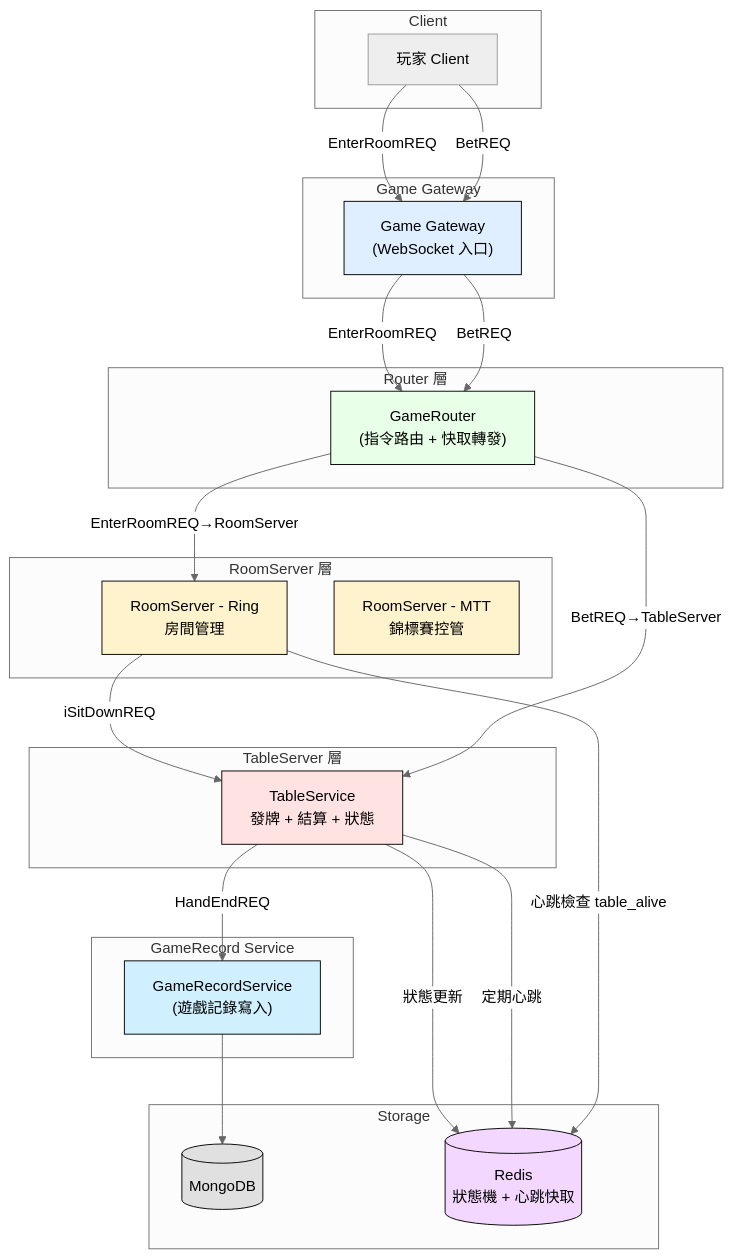
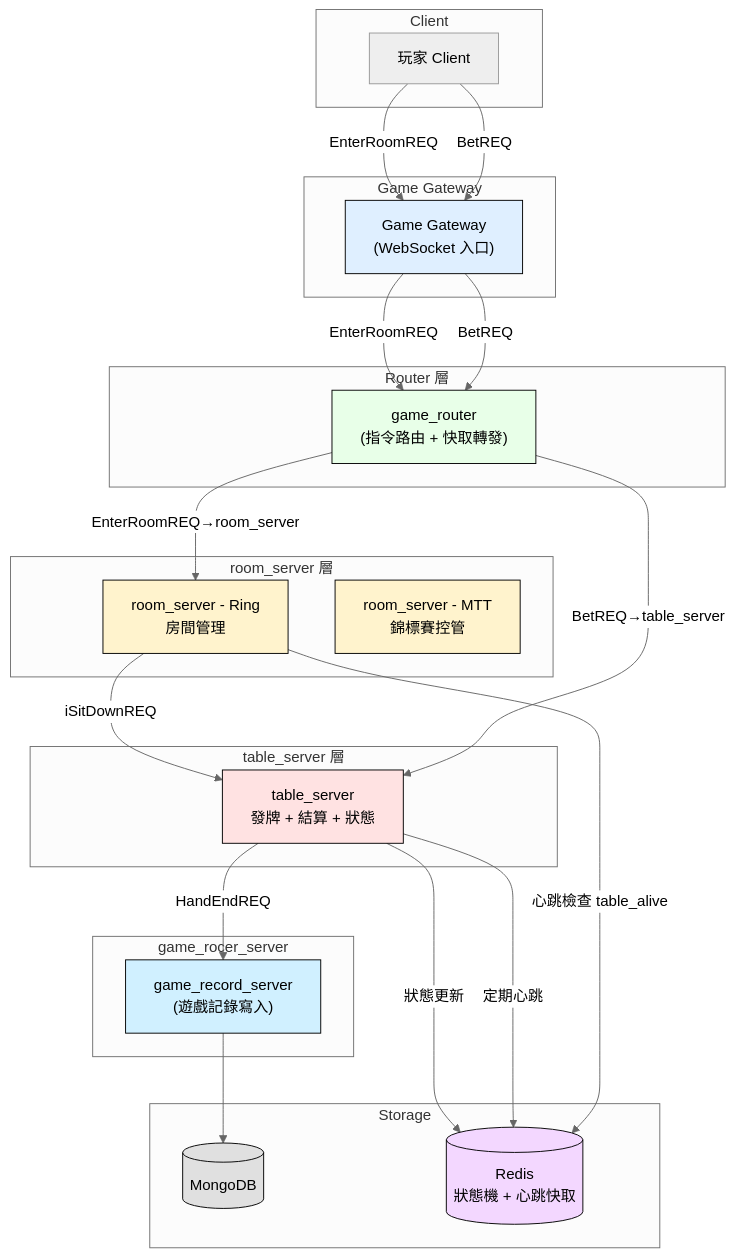
Before and after one commit to leeisman/poker_architecture: the diagram in architecture.md, drawn with Mermaid (neutral theme). The commit also changed 12 other files, not shown here.

````diff
--- a/architecture.md
+++ b/architecture.md
@@ -1,65 +1,65 @@
 ```mermaid
 flowchart TD
 
 subgraph Client [Client]
     C1[玩家 Client]
 end
 
 subgraph Gateway [Game Gateway]
     GW["Game Gateway<br/>(WebSocket 入口)"]
 end
 
 subgraph Router [Router 層]
-    RR["GameRouter<br/>(指令路由 + 快取轉發)"]
+    RR["game_router<br/>(指令路由 + 快取轉發)"]
 end
 
-subgraph RoomServer [RoomServer 層]
-    RS1["RoomServer - Ring<br/>房間管理"]
-    RS2["RoomServer - MTT<br/>錦標賽控管"]
+subgraph room_server [room_server 層]
+    RS1["room_server - Ring<br/>房間管理"]
+    RS2["room_server - MTT<br/>錦標賽控管"]
 end
 
-subgraph TableServer [TableServer 層]
-    T1["TableService<br/>發牌 + 結算 + 狀態"]
+subgraph table_server [table_server 層]
+    T1["table_server<br/>發牌 + 結算 + 狀態"]
 end
 
-subgraph GameRecordService [GameRecord Service]
-    GR["GameRecordService<br/>(遊戲記錄寫入)"]
+subgraph game_record_server [game_rocer_server ]
+    GR["game_record_server<br/>(遊戲記錄寫入)"]
 end
 
 subgraph Storage [Storage]
     DB[(MongoDB)]
     REDIS[(Redis<br/>狀態機 + 心跳快取)]
 end
 
 %% 玩家進入房間
 C1 -->|EnterRoomREQ| GW
 GW -->|EnterRoomREQ| RR
-RR -->|EnterRoomREQ→RoomServer| RS1
+RR -->|EnterRoomREQ→room_server| RS1
 RS1 -->|iSitDownREQ| T1
 
 %% 遊戲進行中的請求
 C1 -->|BetREQ| GW
 GW -->|BetREQ| RR
-RR -->|BetREQ→TableServer| T1
+RR -->|BetREQ→table_server| T1
 
-%% TableServer 狀態更新
+%% table_server 狀態更新
 T1 -->|狀態更新| REDIS
 T1 -->|定期心跳| REDIS
 
-%% 資料寫入由 GameRecordService 處理
+%% 資料寫入由 game_record_server 處理
 T1 -->|HandEndREQ| GR
 GR --> DB
 
-%% RoomServer 健康檢查
+%% room_server 健康檢查
 RS1 -->|心跳檢查 table_alive| REDIS
 
 %% 顏色樣式
 style GW fill:#dfefff,stroke:#000
 style RR fill:#e8ffe8,stroke:#000
 style RS1 fill:#fff3cd,stroke:#000
 style RS2 fill:#fff3cd,stroke:#000
 style T1 fill:#ffe2e2,stroke:#000
 style REDIS fill:#f3d7ff,stroke:#000
 style DB fill:#e0e0e0,stroke:#000
 style GR fill:#d0f0ff,stroke:#000
 ```
````
